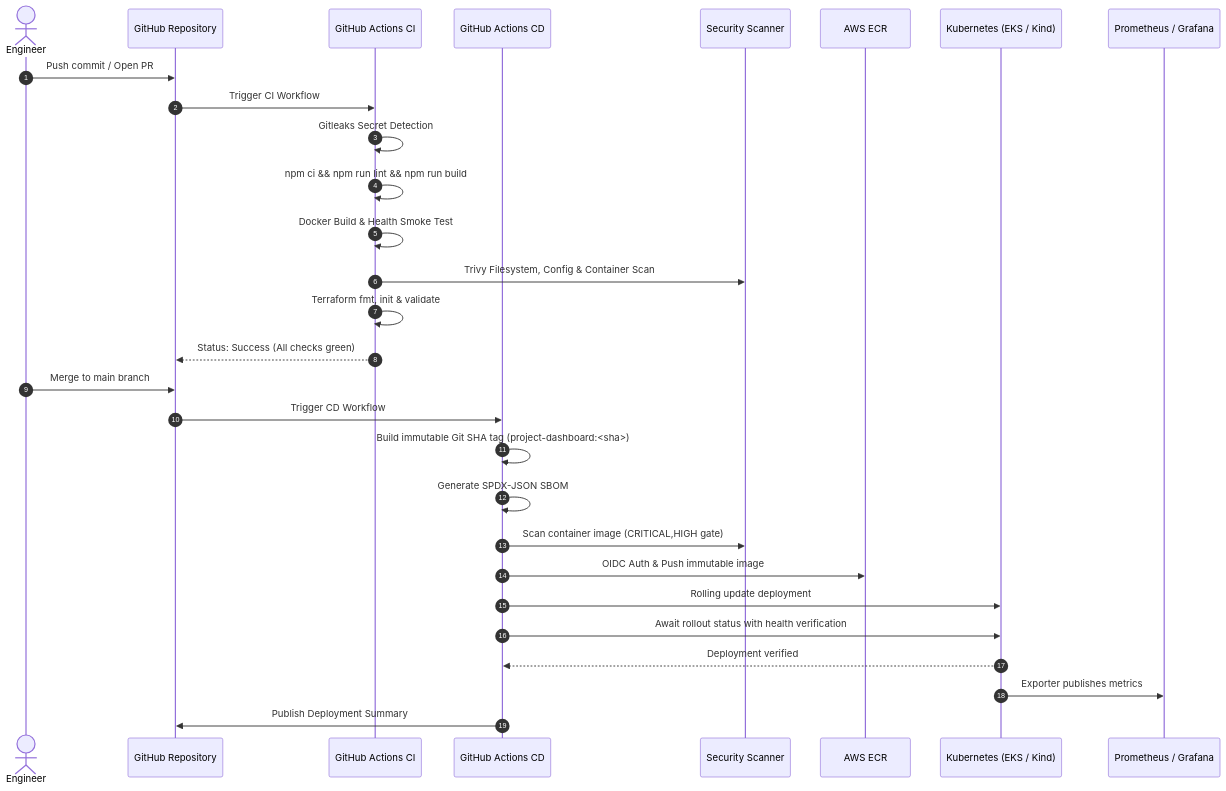
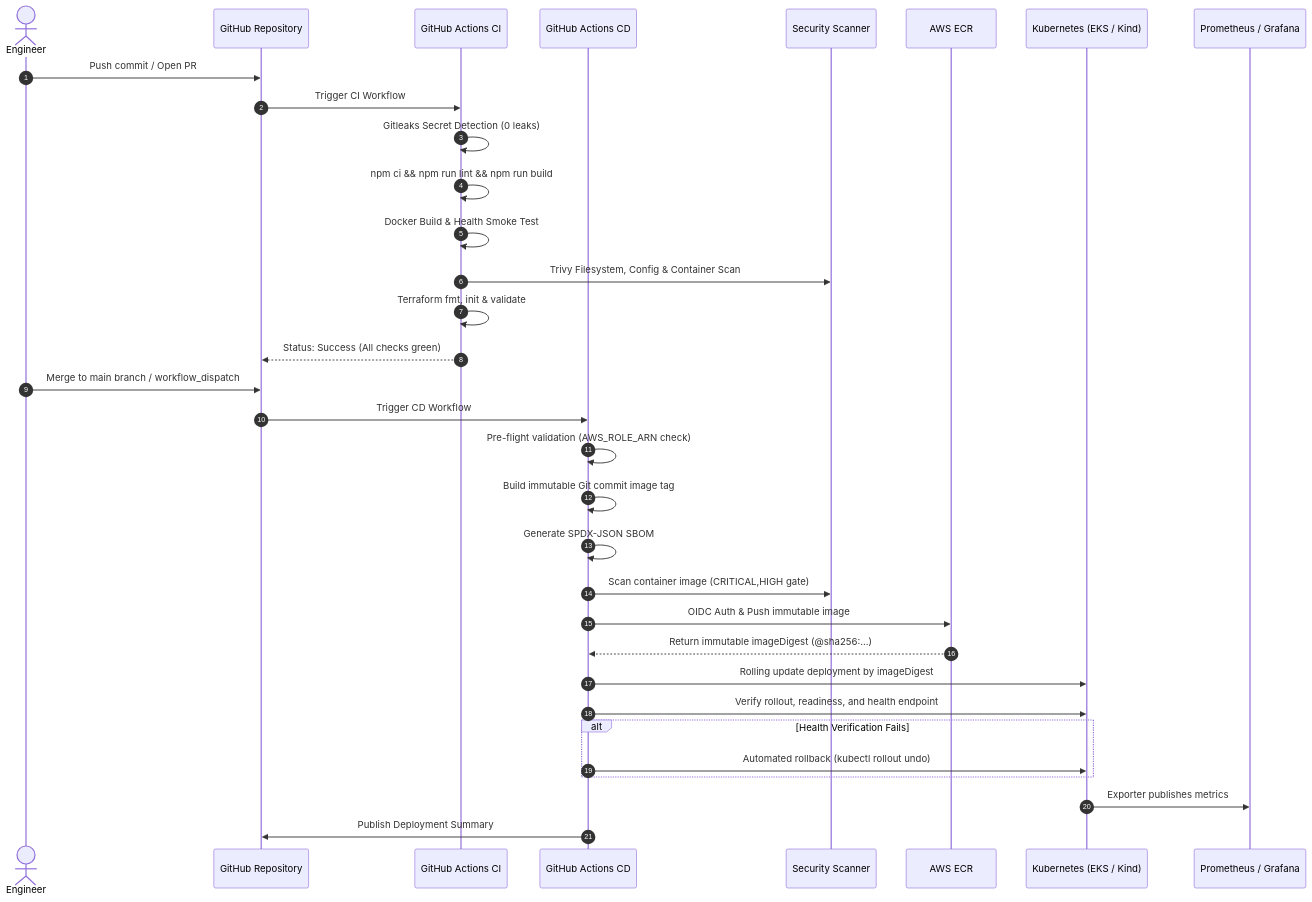
One commit to ArjunReddyVelma/project-mangement-app-main changed the second of 3 diagrams in ARCHITECTURE.md. Above: the diagram before and after it, drawn with Mermaid. The commit also changed other lines of this file and 7 other files, not shown here.

First line of the commit message:
docs(phase3): add production readiness validation report

````diff
--- a/ARCHITECTURE.md
+++ b/ARCHITECTURE.md
@@ -59,33 +61,37 @@
 ```mermaid
 sequenceDiagram
     autonumber
     actor Dev as Engineer
     participant GH as GitHub Repository
     participant CI as GitHub Actions CI
     participant CD as GitHub Actions CD
     participant Trivy as Security Scanner
     participant ECR as AWS ECR
     participant EKS as Kubernetes (EKS / Kind)
     participant Obs as Prometheus / Grafana
 
     Dev->>GH: Push commit / Open PR
     GH->>CI: Trigger CI Workflow
-    CI->>CI: Gitleaks Secret Detection
+    CI->>CI: Gitleaks Secret Detection (0 leaks)
     CI->>CI: npm ci && npm run lint && npm run build
     CI->>CI: Docker Build & Health Smoke Test
     CI->>Trivy: Trivy Filesystem, Config & Container Scan
     CI->>CI: Terraform fmt, init & validate
     CI-->>GH: Status: Success (All checks green)
 
-    Dev->>GH: Merge to main branch
+    Dev->>GH: Merge to main branch / workflow_dispatch
     GH->>CD: Trigger CD Workflow
-    CD->>CD: Build immutable Git SHA tag (project-dashboard:<sha>)
+    CD->>CD: Pre-flight validation (AWS_ROLE_ARN check)
+    CD->>CD: Build immutable Git commit image tag
     CD->>CD: Generate SPDX-JSON SBOM
     CD->>Trivy: Scan container image (CRITICAL,HIGH gate)
     CD->>ECR: OIDC Auth & Push immutable image
-    CD->>EKS: Rolling update deployment
-    CD->>EKS: Await rollout status with health verification
-    EKS-->>CD: Deployment verified
+    ECR-->>CD: Return immutable imageDigest (@sha256:...)
+    CD->>EKS: Rolling update deployment by imageDigest
+    CD->>EKS: Verify rollout, readiness, and health endpoint
+    alt Health Verification Fails
+        CD->>EKS: Automated rollback (kubectl rollout undo)
+    end
     EKS->>Obs: Exporter publishes metrics
     CD->>GH: Publish Deployment Summary
 ```
````
